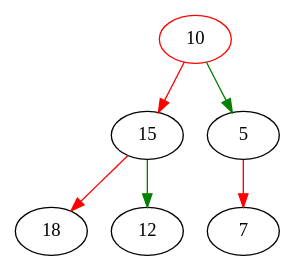
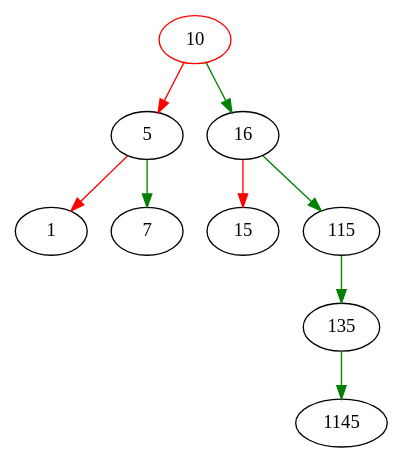
The diagram in bintree.gv (bsdshell/java), drawn with Graphviz before and after one commit. The commit also changed 5 other files, not shown here.

```diff
--- a/bintree.gv
+++ b/bintree.gv
@@ -1,8 +1,11 @@
 digraph G{
 10[color=red];
-10->15[color=red];
-15->18[color=red];
-15->12[color=green];
-10->5[color=green];
-5->7[color=red];
+10->5[color=red];
+5->1[color=red];
+5->7[color=green];
+10->16[color=green];
+16->15[color=red];
+16->115[color=green];
+115->135[color=green];
+135->1145[color=green];
 }
```
